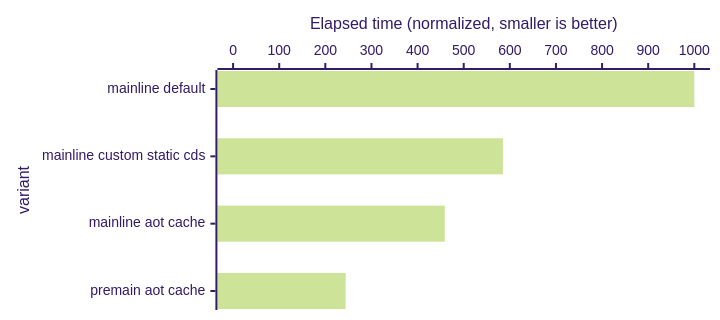
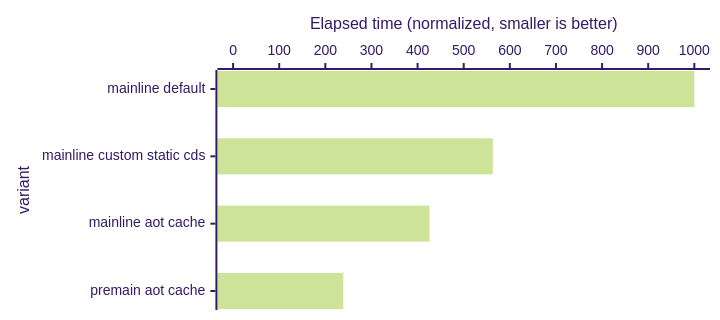
The seventh of 12 diagrams in benchmarks/README.md (openjdk/leyden), drawn with Mermaid before and after one commit. The commit also changed other lines of this file and 4 other files, not shown here.

````diff
--- a/benchmarks/README.md
+++ b/benchmarks/README.md
@@ -221,13 +221,13 @@
 ```mermaid
 ---
 config:
     theme: "forest"
     xyChart:
         chartOrientation: horizontal
         height: 300
 ---
 xychart-beta
     x-axis "variant" ["mainline default", "mainline custom static cds", "mainline aot cache", "premain aot cache"]
     y-axis "Elapsed time (normalized, smaller is better)" 0 --> 1000
-    bar [1000, 585, 459, 244]
+    bar [1000, 563, 426, 239]
 ```
````
